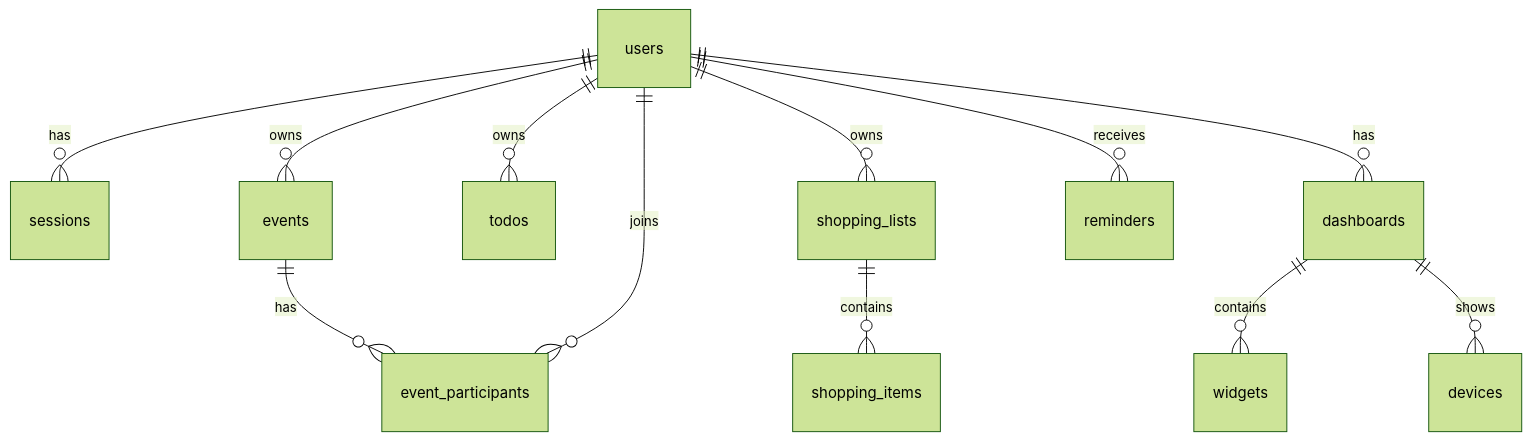
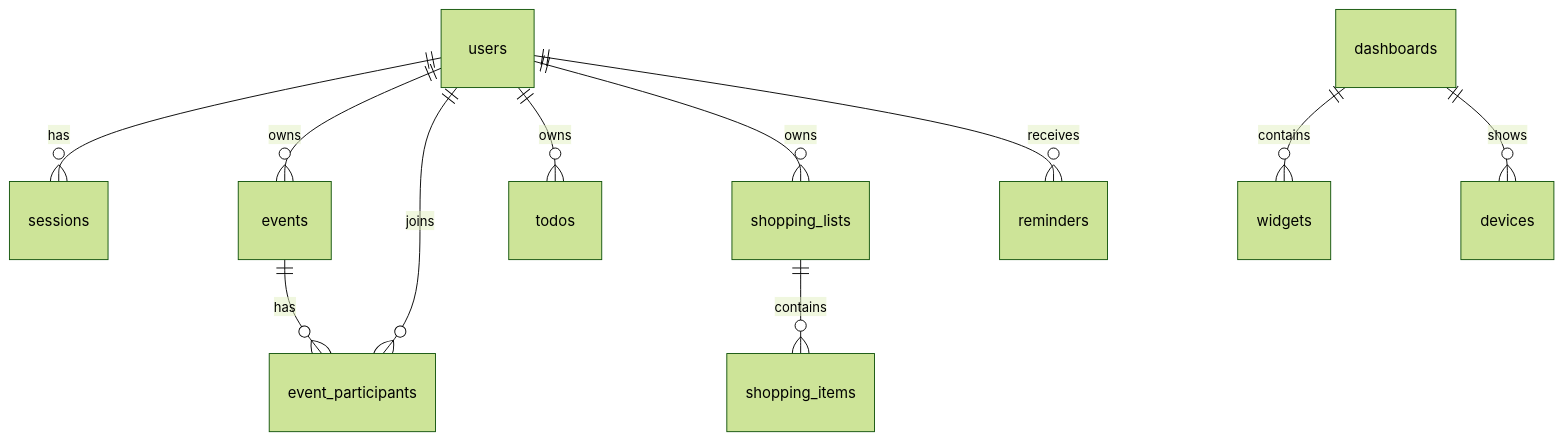
One commit to dddyszy/family-dashboard changed the third of 5 diagrams in docs/TECH_DESIGN.md. Above: the diagram before and after it, drawn with Mermaid (forest theme). The commit also changed other lines of this file and 15 other files, not shown here.

````diff
--- a/docs/TECH_DESIGN.md
+++ b/docs/TECH_DESIGN.md
@@ -434,14 +434,13 @@
 ```mermaid
 erDiagram
     users ||--o{ sessions : has
     users ||--o{ events : owns
     events ||--o{ event_participants : has
     users ||--o{ event_participants : joins
     users ||--o{ todos : owns
     users ||--o{ shopping_lists : owns
     shopping_lists ||--o{ shopping_items : contains
-    users ||--o{ dashboards : has
     dashboards ||--o{ widgets : contains
     users ||--o{ reminders : receives
     dashboards ||--o{ devices : shows
 ```
````
